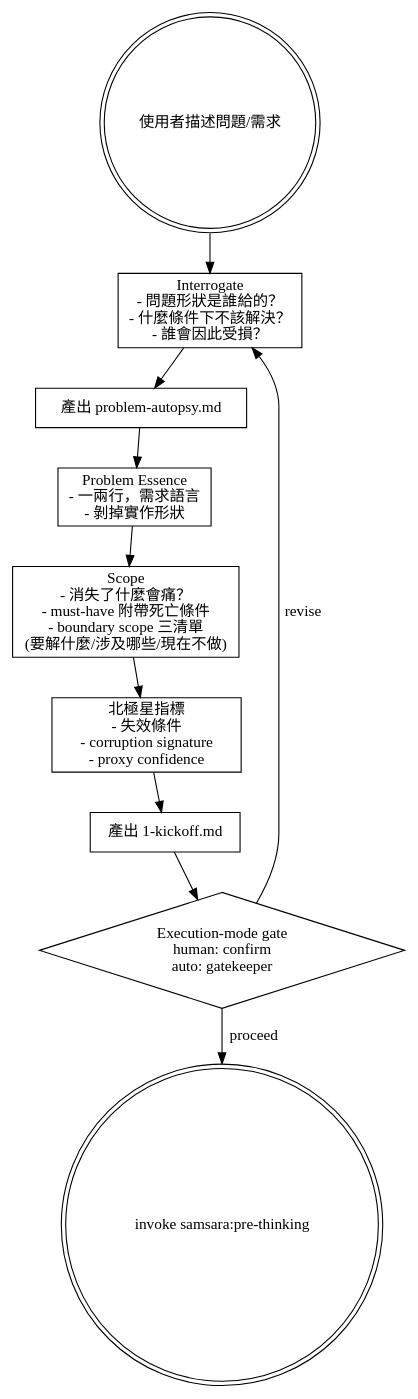
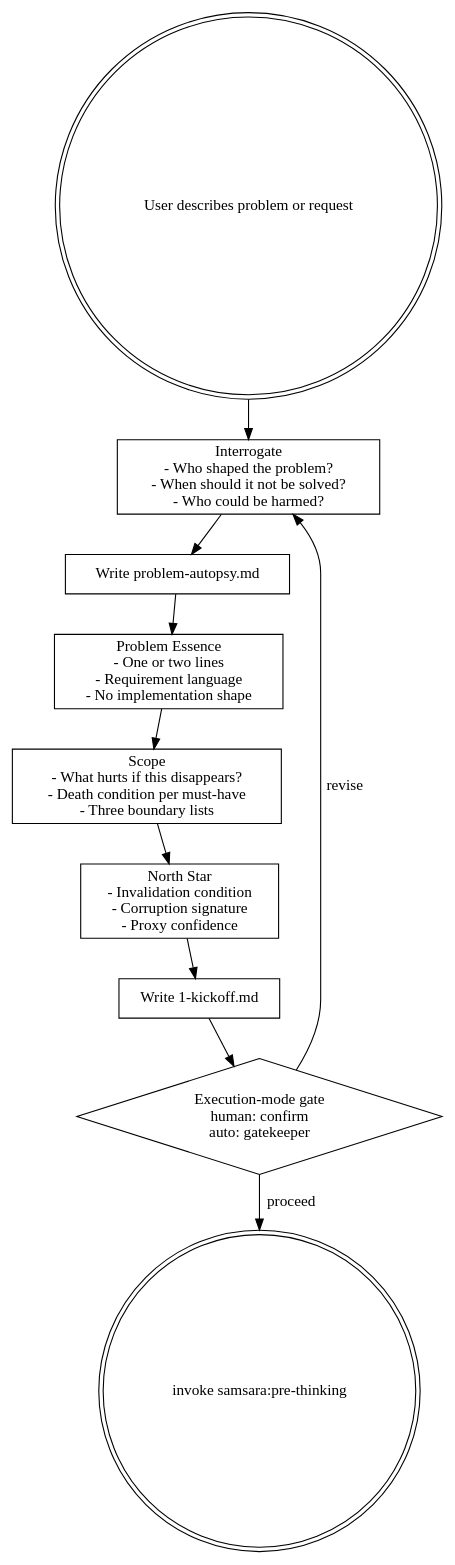
The diagram in skills/research/SKILL.md (roymondliao/samsara), drawn with Graphviz before and after one commit. The commit also changed other lines of this file and 3 other files, not shown here.

````diff
--- a/skills/research/SKILL.md
+++ b/skills/research/SKILL.md
@@ -14,25 +19,25 @@
 ```dot
 digraph research {
     node [shape=box];
 
-    start [label="使用者描述問題/需求" shape=doublecircle];
-    interrogate [label="Interrogate\n- 問題形狀是誰給的？\n- 什麼條件下不該解決？\n- 誰會因此受損？"];
-    output_autopsy [label="產出 problem-autopsy.md"];
-    essence [label="Problem Essence\n- 一兩行，需求語言\n- 剝掉實作形狀"];
-    scope [label="Scope\n- 消失了什麼會痛？\n- must-have 附帶死亡條件\n- boundary scope 三清單\n(要解什麼/涉及哪些/現在不做)"];
-    north_star [label="北極星指標\n- 失效條件\n- corruption signature\n- proxy confidence"];
-    output_kickoff [label="產出 1-kickoff.md"];
+    start [label="User describes problem or request" shape=doublecircle];
+    interrogate [label="Interrogate\n- Who shaped the problem?\n- When should it not be solved?\n- Who could be harmed?"];
+    output_autopsy [label="Write problem-autopsy.md"];
+    essence [label="Problem Essence\n- One or two lines\n- Requirement language\n- No implementation shape"];
+    scope [label="Scope\n- What hurts if this disappears?\n- Death condition per must-have\n- Three boundary lists"];
+    north_star [label="North Star\n- Invalidation condition\n- Corruption signature\n- Proxy confidence"];
+    output_kickoff [label="Write 1-kickoff.md"];
     gate [label="Execution-mode gate\nhuman: confirm\nauto: gatekeeper" shape=diamond];
     next [label="invoke samsara:pre-thinking" shape=doublecircle];
 
     start -> interrogate;
     interrogate -> output_autopsy;
     output_autopsy -> essence;
     essence -> scope;
     scope -> north_star;
     north_star -> output_kickoff;
     output_kickoff -> gate;
     gate -> next [label="proceed"];
     gate -> interrogate [label="revise"];
 }
 ```
````
